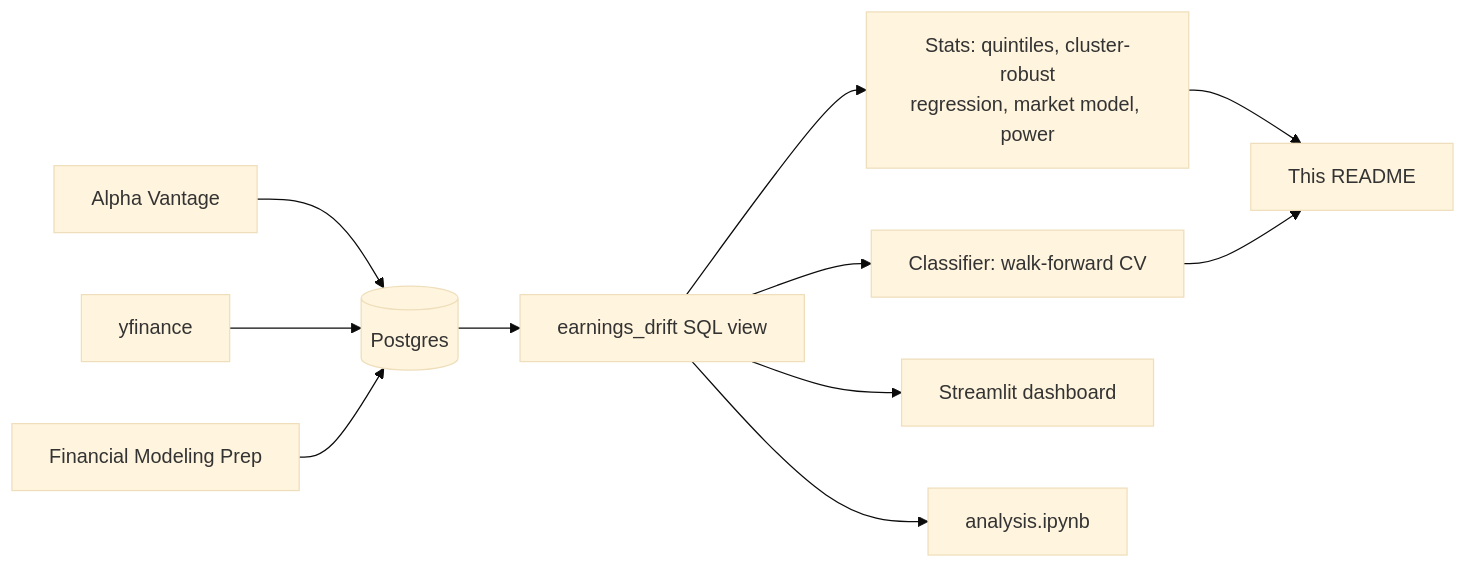
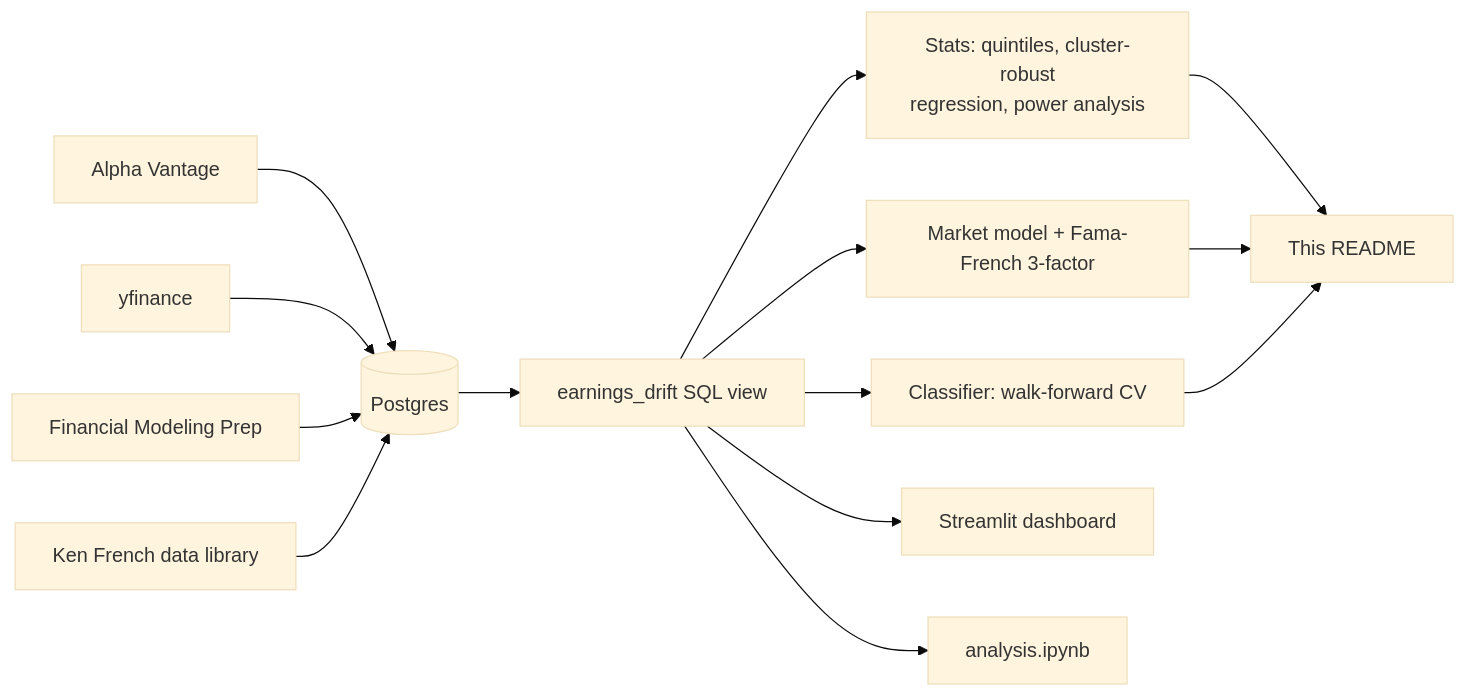
The diagram in README.md (Noviath61/pead-project), drawn with Mermaid (base theme) before and after one commit. The commit also changed other lines of this file and 2 other files, not shown here.

Commit message:
Update README and notebook with Fama-French findings, switch to non-brittle method counts

````diff
--- a/README.md
+++ b/README.md
@@ -55,13 +59,16 @@
 ```mermaid
 flowchart LR
     AV[Alpha Vantage] --> DB[(Postgres)]
     YF[yfinance] --> DB
     FMP[Financial Modeling Prep] --> DB
+    FF[Ken French data library] --> DB
     DB --> VIEW[earnings_drift SQL view]
-    VIEW --> STATS[Stats: quintiles, cluster-robust\nregression, market model, power]
+    VIEW --> STATS[Stats: quintiles, cluster-robust\nregression, power analysis]
+    VIEW --> FACTORS[Market model + Fama-French 3-factor]
     VIEW --> ML[Classifier: walk-forward CV]
     VIEW --> DASH[Streamlit dashboard]
     VIEW --> NB[analysis.ipynb]
     STATS --> README[This README]
+    FACTORS --> README
     ML --> README
 ```
````
